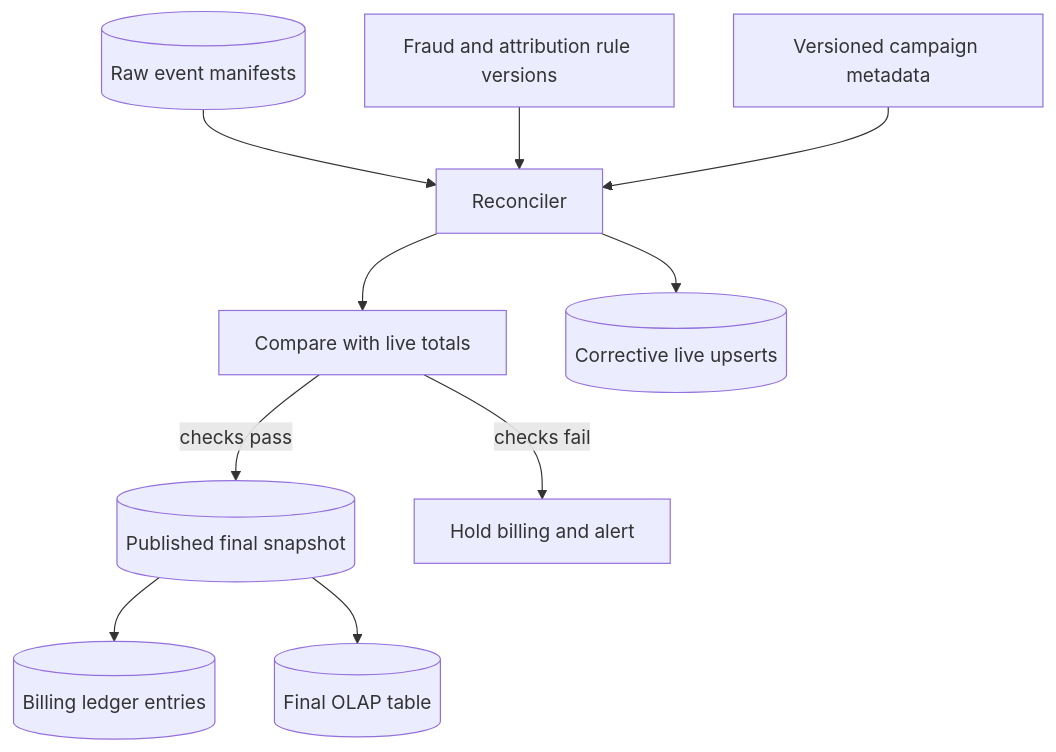
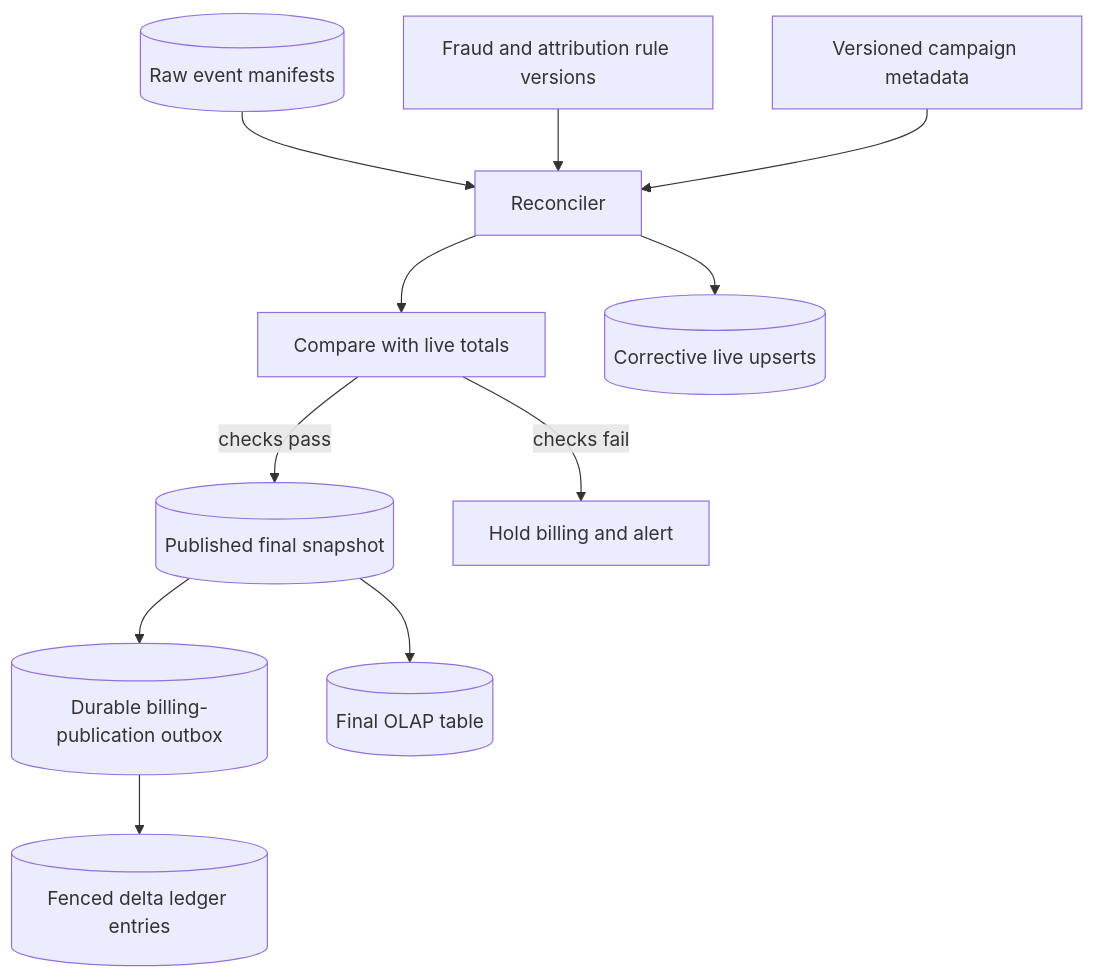
One commit to Pranshu258/system-design changed the fifth of 5 diagrams in ad-click-aggregator-system-design.md. Above: the diagram before and after it, drawn with Mermaid. The commit also changed other lines of this file and 23 other files, not shown here.

````diff
--- a/ad-click-aggregator-system-design.md
+++ b/ad-click-aggregator-system-design.md
@@ -301,12 +311,13 @@
 ```mermaid
 flowchart TD
     Raw[("Raw event manifests")] --> Rec["Reconciler"]
     Rules["Fraud and attribution rule versions"] --> Rec
     Meta["Versioned campaign metadata"] --> Rec
     Rec --> Diff["Compare with live totals"]
     Diff -->|"checks pass"| Snap[("Published final snapshot")]
     Diff -->|"checks fail"| Hold["Hold billing and alert"]
-    Snap --> Ledger[("Billing ledger entries")]
+    Snap --> Outbox[("Durable billing-publication outbox")]
+    Outbox --> Ledger[("Fenced delta ledger entries")]
     Snap --> Final[("Final OLAP table")]
     Rec --> Live[("Corrective live upserts")]
 ```
````
